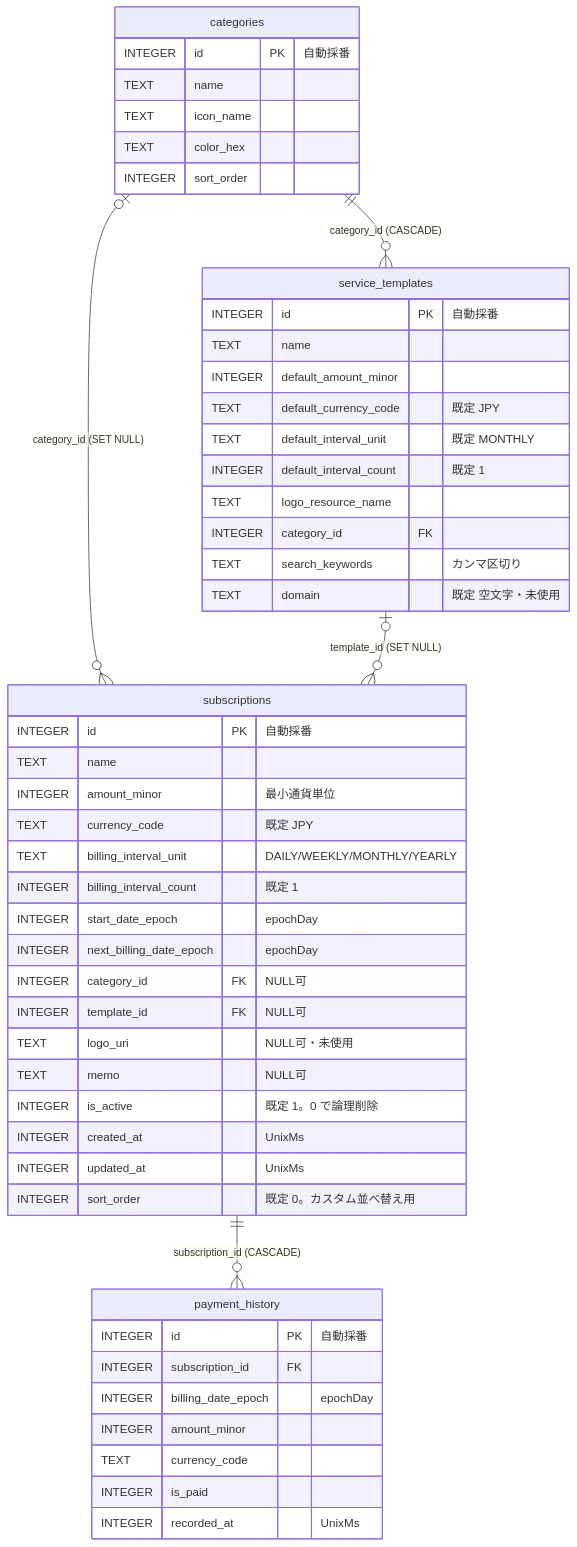
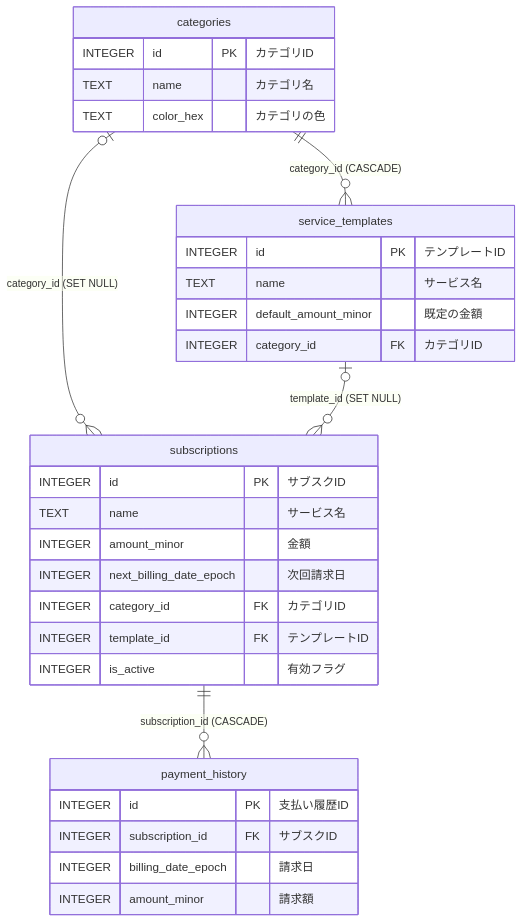
One commit to otk-sudo/SubKiru changed the first of 6 diagrams in DESIGN.md. Above: the diagram before and after it, drawn with Mermaid. The commit also changed other lines of this file and 2 other files, not shown here.

````diff
--- a/DESIGN.md
+++ b/DESIGN.md
@@ -14,57 +34,37 @@
 ```mermaid
 erDiagram
     categories |o--o{ subscriptions : "category_id (SET NULL)"
     service_templates |o--o{ subscriptions : "template_id (SET NULL)"
     categories ||--o{ service_templates : "category_id (CASCADE)"
     subscriptions ||--o{ payment_history : "subscription_id (CASCADE)"
 
     subscriptions {
-        INTEGER id PK "自動採番"
-        TEXT name
-        INTEGER amount_minor "最小通貨単位"
-        TEXT currency_code "既定 JPY"
-        TEXT billing_interval_unit "DAILY/WEEKLY/MONTHLY/YEARLY"
-        INTEGER billing_interval_count "既定 1"
-        INTEGER start_date_epoch "epochDay"
-        INTEGER next_billing_date_epoch "epochDay"
-        INTEGER category_id FK "NULL可"
-        INTEGER template_id FK "NULL可"
-        TEXT logo_uri "NULL可・未使用"
-        TEXT memo "NULL可"
-        INTEGER is_active "既定 1。0 で論理削除"
-        INTEGER created_at "UnixMs"
-        INTEGER updated_at "UnixMs"
-        INTEGER sort_order "既定 0。カスタム並べ替え用"
+        INTEGER id PK "サブスクID"
+        TEXT name "サービス名"
+        INTEGER amount_minor "金額"
+        INTEGER next_billing_date_epoch "次回請求日"
+        INTEGER category_id FK "カテゴリID"
+        INTEGER template_id FK "テンプレートID"
+        INTEGER is_active "有効フラグ"
     }
 
     categories {
-        INTEGER id PK "自動採番"
-        TEXT name
-        TEXT icon_name
-        TEXT color_hex
-        INTEGER sort_order
+        INTEGER id PK "カテゴリID"
+        TEXT name "カテゴリ名"
+        TEXT color_hex "カテゴリの色"
     }
 
     service_templates {
-        INTEGER id PK "自動採番"
-        TEXT name
-        INTEGER default_amount_minor
-        TEXT default_currency_code "既定 JPY"
-        TEXT default_interval_unit "既定 MONTHLY"
-        INTEGER default_interval_count "既定 1"
-        TEXT logo_resource_name
-        INTEGER category_id FK
-        TEXT search_keywords "カンマ区切り"
-        TEXT domain "既定 空文字・未使用"
+        INTEGER id PK "テンプレートID"
+        TEXT name "サービス名"
+        INTEGER default_amount_minor "既定の金額"
+        INTEGER category_id FK "カテゴリID"
     }
 
     payment_history {
-        INTEGER id PK "自動採番"
-        INTEGER subscription_id FK
-        INTEGER billing_date_epoch "epochDay"
-        INTEGER amount_minor
-        TEXT currency_code
-        INTEGER is_paid
-        INTEGER recorded_at "UnixMs"
+        INTEGER id PK "支払い履歴ID"
+        INTEGER subscription_id FK "サブスクID"
+        INTEGER billing_date_epoch "請求日"
+        INTEGER amount_minor "請求額"
     }
 ```
````
